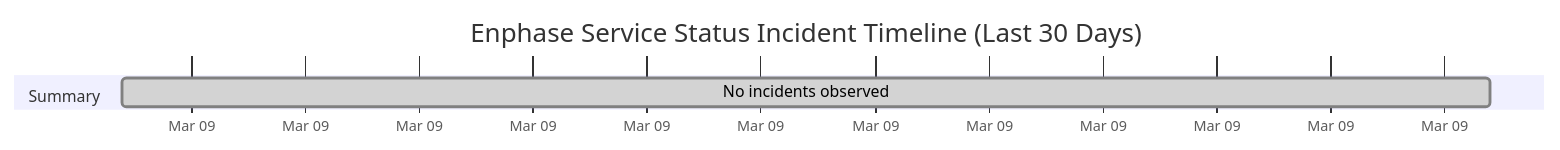
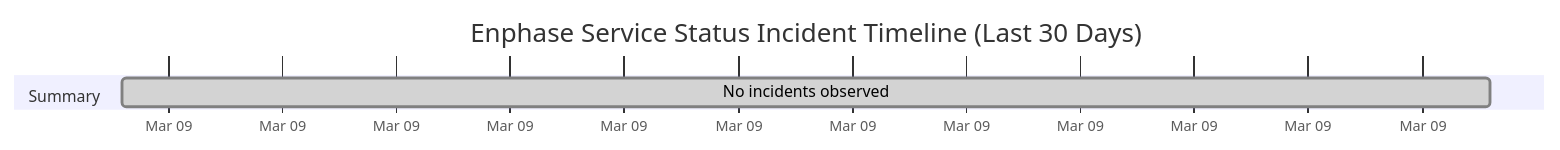
Before and after one commit to barneyonline/ha-enphase-ev-charger: the diagram in wiki/Service-Status-History.md, drawn with Mermaid. The commit also changed other lines of this file and 3 other files, not shown here.

````diff
--- a/wiki/Service-Status-History.md
+++ b/wiki/Service-Status-History.md
@@ -14,8 +14,8 @@
 ```mermaid
 gantt
     title Enphase Service Status Incident Timeline (Last 30 Days)
     dateFormat  YYYY-MM-DDTHH:mm:ss
     axisFormat  %b %d
     section Summary
-    No incidents observed :done, 2026-03-09T11:28:52, 1m
+    No incidents observed :done, 2026-03-09T12:38:43, 1m
 ```
````
